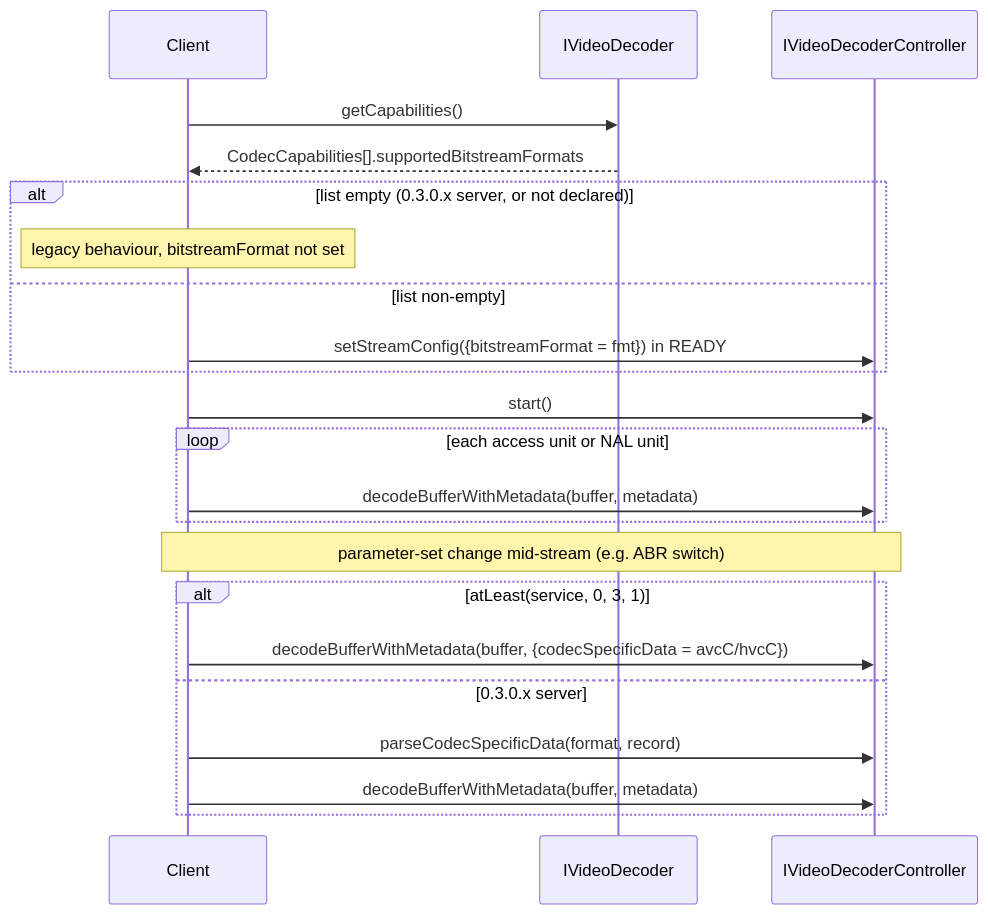
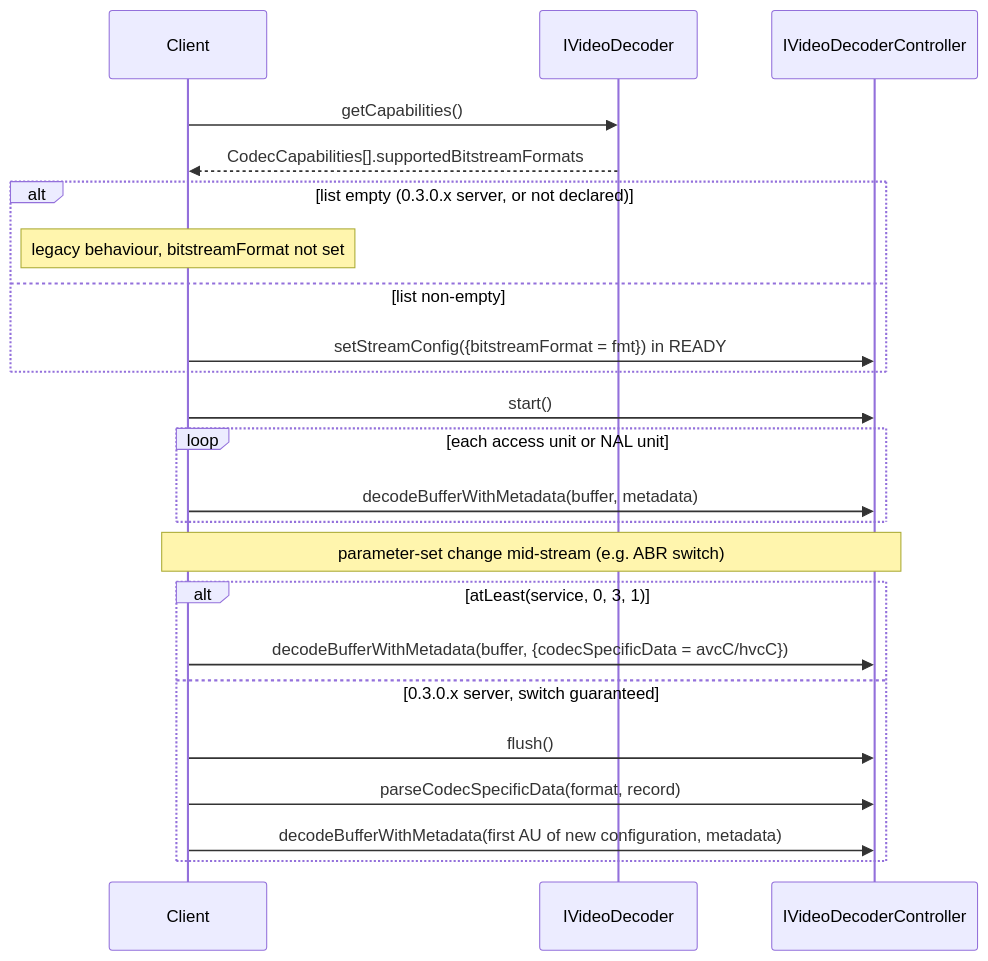
The third of 4 diagrams in videodecoder/current/docs/video_decoder.md (rdkcentral/rdk-halif-aidl), drawn with Mermaid before and after one commit. The commit also changed other lines of this file and 3 other files, not shown here.

````diff
--- a/videodecoder/current/docs/video_decoder.md
+++ b/videodecoder/current/docs/video_decoder.md
@@ -238,24 +238,25 @@
 ```mermaid
 sequenceDiagram
     participant C as Client
     participant D as IVideoDecoder
     participant DC as IVideoDecoderController
     C->>D: getCapabilities()
     D-->>C: CodecCapabilities[].supportedBitstreamFormats
     alt list empty (0.3.0.x server, or not declared)
         Note over C: legacy behaviour, bitstreamFormat not set
     else list non-empty
         C->>DC: setStreamConfig({bitstreamFormat = fmt}) in READY
     end
     C->>DC: start()
     loop each access unit or NAL unit
         C->>DC: decodeBufferWithMetadata(buffer, metadata)
     end
     Note over C,DC: parameter-set change mid-stream (e.g. ABR switch)
     alt atLeast(service, 0, 3, 1)
         C->>DC: decodeBufferWithMetadata(buffer, {codecSpecificData = avcC/hvcC})
-    else 0.3.0.x server
+    else 0.3.0.x server, switch guaranteed
+        C->>DC: flush()
         C->>DC: parseCodecSpecificData(format, record)
-        C->>DC: decodeBufferWithMetadata(buffer, metadata)
+        C->>DC: decodeBufferWithMetadata(first AU of new configuration, metadata)
     end
 ```
````
